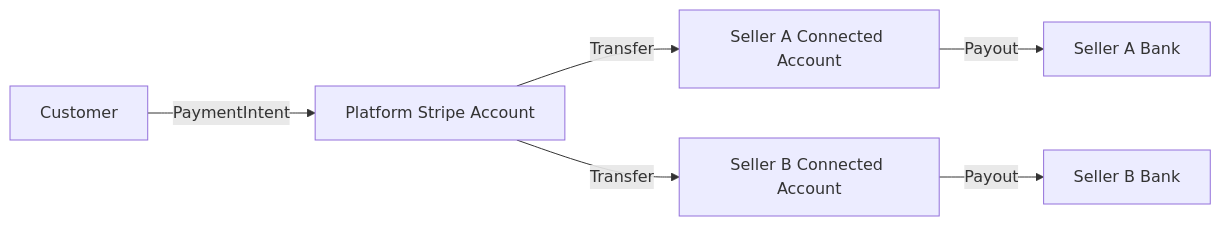
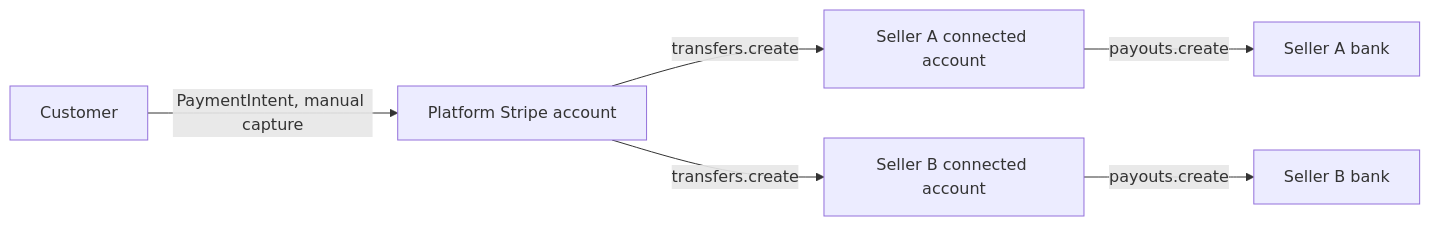
The diagram in apps/docs/resources/integrations/stripe-connect.mdx (mercurjs/mercur), drawn with Mermaid before and after one commit. The commit also changed other lines of this file and 76 other files, not shown here.

````diff
--- a/apps/docs/resources/integrations/stripe-connect.mdx
+++ b/apps/docs/resources/integrations/stripe-connect.mdx
@@ -30,8 +28,8 @@
 ```mermaid
 flowchart LR
-    C[Customer] -->|PaymentIntent| P[Platform Stripe Account]
-    P -->|Transfer| S1[Seller A Connected Account]
-    P -->|Transfer| S2[Seller B Connected Account]
-    S1 -->|Payout| B1[Seller A Bank]
-    S2 -->|Payout| B2[Seller B Bank]
+    C[Customer] -->|PaymentIntent, manual capture| P[Platform Stripe account]
+    P -->|transfers.create| S1[Seller A connected account]
+    P -->|transfers.create| S2[Seller B connected account]
+    S1 -->|payouts.create| B1[Seller A bank]
+    S2 -->|payouts.create| B2[Seller B bank]
 ```
````
